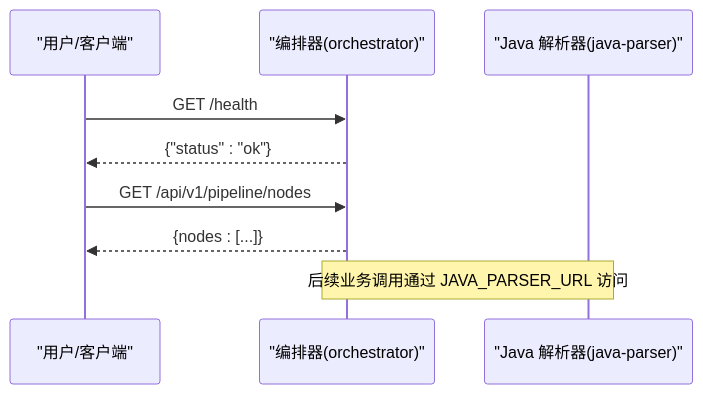
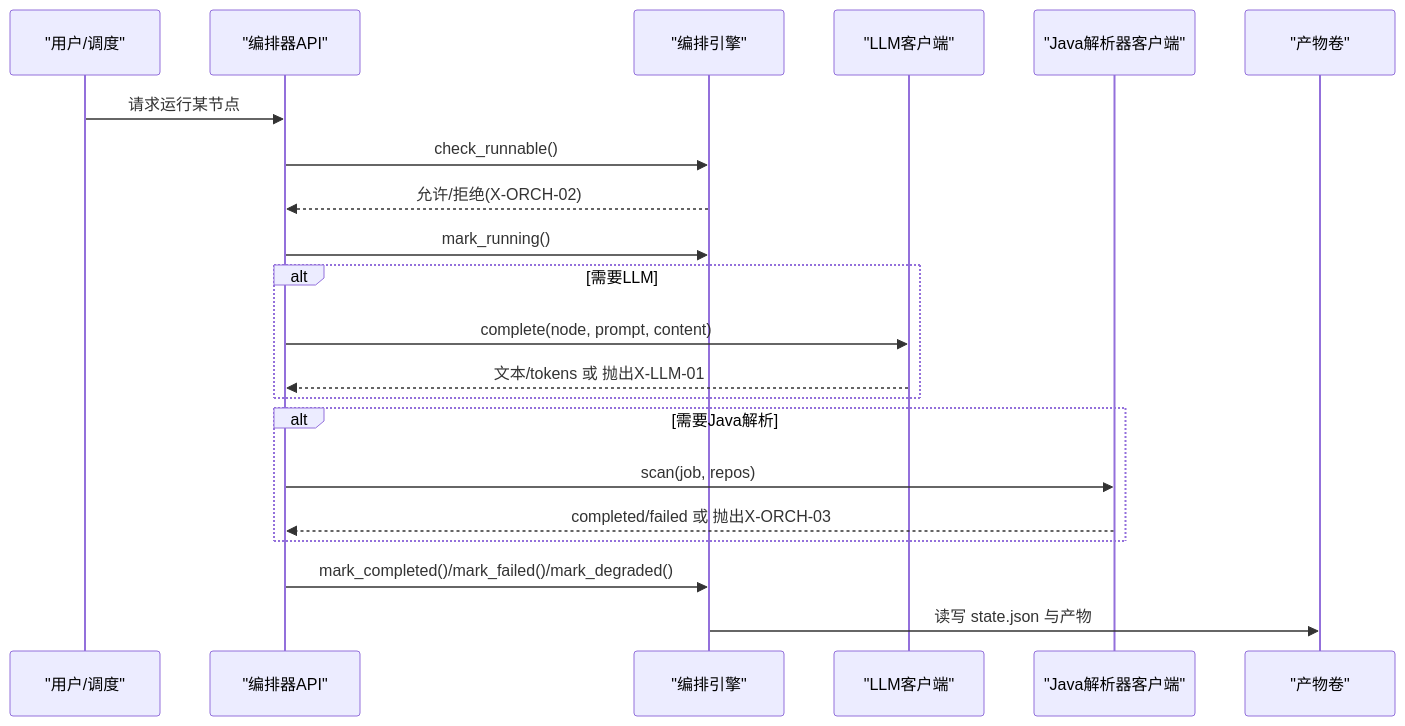
Before and after one commit to Joeyzheng001/LLM-AutoTest: the second of 5 diagrams in .qoder/repowiki/zh/content/故障排查.md, drawn with Mermaid. The commit also changed other lines of this file and 186 other files, not shown here.

````diff
--- a/.qoder/repowiki/zh/content/故障排查.md
+++ b/.qoder/repowiki/zh/content/故障排查.md
@@ -77,11 +75,23 @@
 ```mermaid
 sequenceDiagram
-participant U as "用户/客户端"
-participant O as "编排器(orchestrator)"
-participant J as "Java 解析器(java-parser)"
-U->>O : GET /health
-O-->>U : {"status" : "ok"}
-U->>O : GET /api/v1/pipeline/nodes
-O-->>U : {nodes : [...]}
-Note over O,J : 后续业务调用通过 JAVA_PARSER_URL 访问
+participant U as "用户/调度"
+participant ORCH as "编排器API"
+participant ENG as "编排引擎"
+participant LLM as "LLM客户端"
+participant JP as "Java解析器客户端"
+participant ART as "产物卷"
+U->>ORCH : 请求运行某节点
+ORCH->>ENG : check_runnable()
+ENG-->>ORCH : 允许/拒绝(X-ORCH-02)
+ORCH->>ENG : mark_running()
+alt 需要LLM
+ORCH->>LLM : complete(node, prompt, content)
+LLM-->>ORCH : 文本/tokens 或 抛出X-LLM-01
+end
+alt 需要Java解析
+ORCH->>JP : scan(job, repos)
+JP-->>ORCH : completed/failed 或 抛出X-ORCH-03
+end
+ORCH->>ENG : mark_completed()/mark_failed()/mark_degraded()
+ENG->>ART : 读写 state.json 与产物
 ```
````
